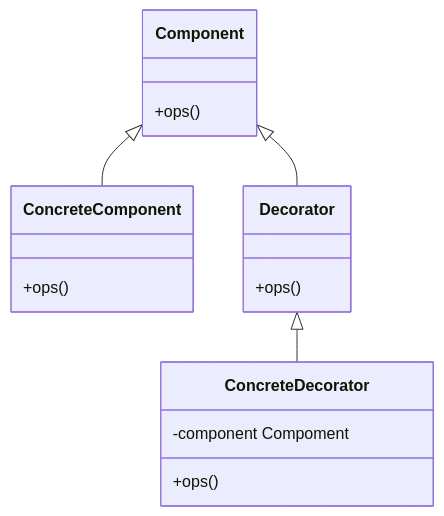
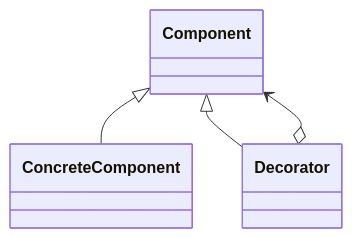
One commit to 0xcaffebabe/note changed the fourth of 7 diagrams in doc/软件工程/设计模式/结构型模式.md. Above: the diagram before and after it, drawn with Mermaid. The commit also changed other lines of this file and 6 other files, not shown here.

````diff
--- a/doc/软件工程/设计模式/结构型模式.md
+++ b/doc/软件工程/设计模式/结构型模式.md
@@ -143,19 +223,6 @@
 ```mermaid
 classDiagram
-    class Component {
-        +ops()
-    }
-    class ConcreteComponent {
-        +ops()
-    }
-    class Decorator {
-        +ops()
-    }
-    class ConcreteDecorator {
-        +ops()
-        -component Compoment
-    }
-    Component <|-- Decorator
-    Decorator <|-- ConcreteDecorator
-    Component <|-- ConcreteComponent
+Component <|-- ConcreteComponent
+Component <|-- Decorator
+Decorator o--> Component
 ```
````
